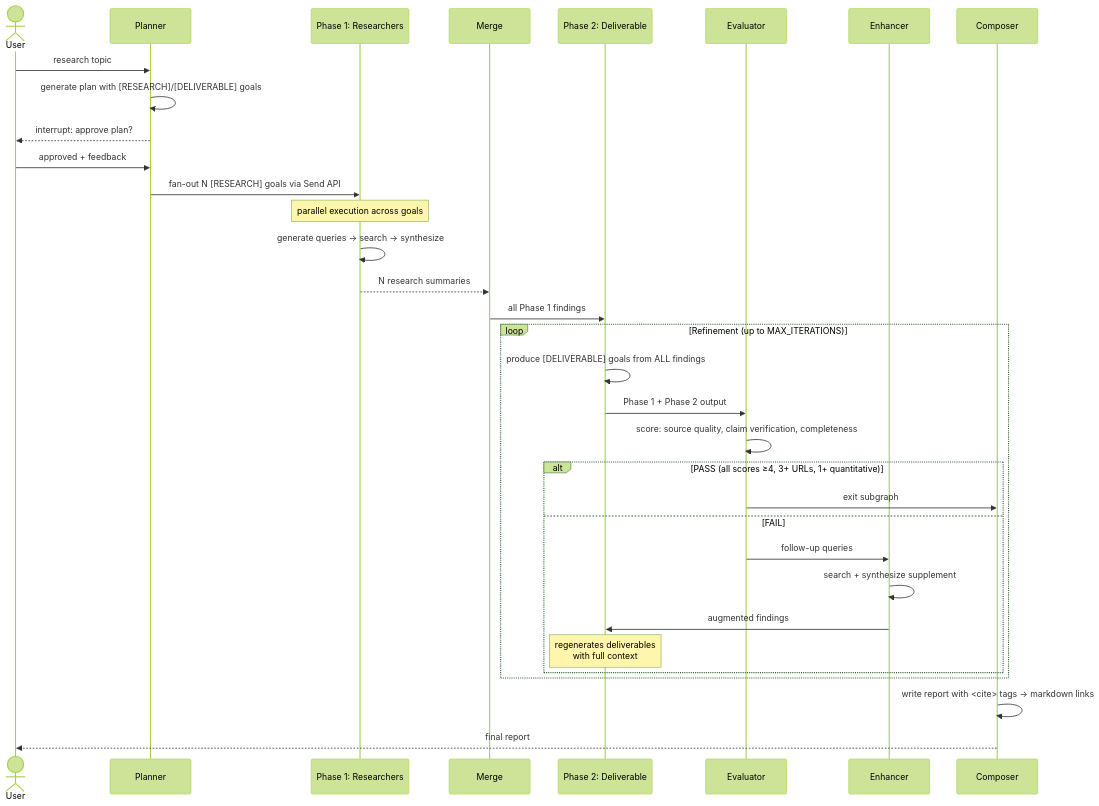
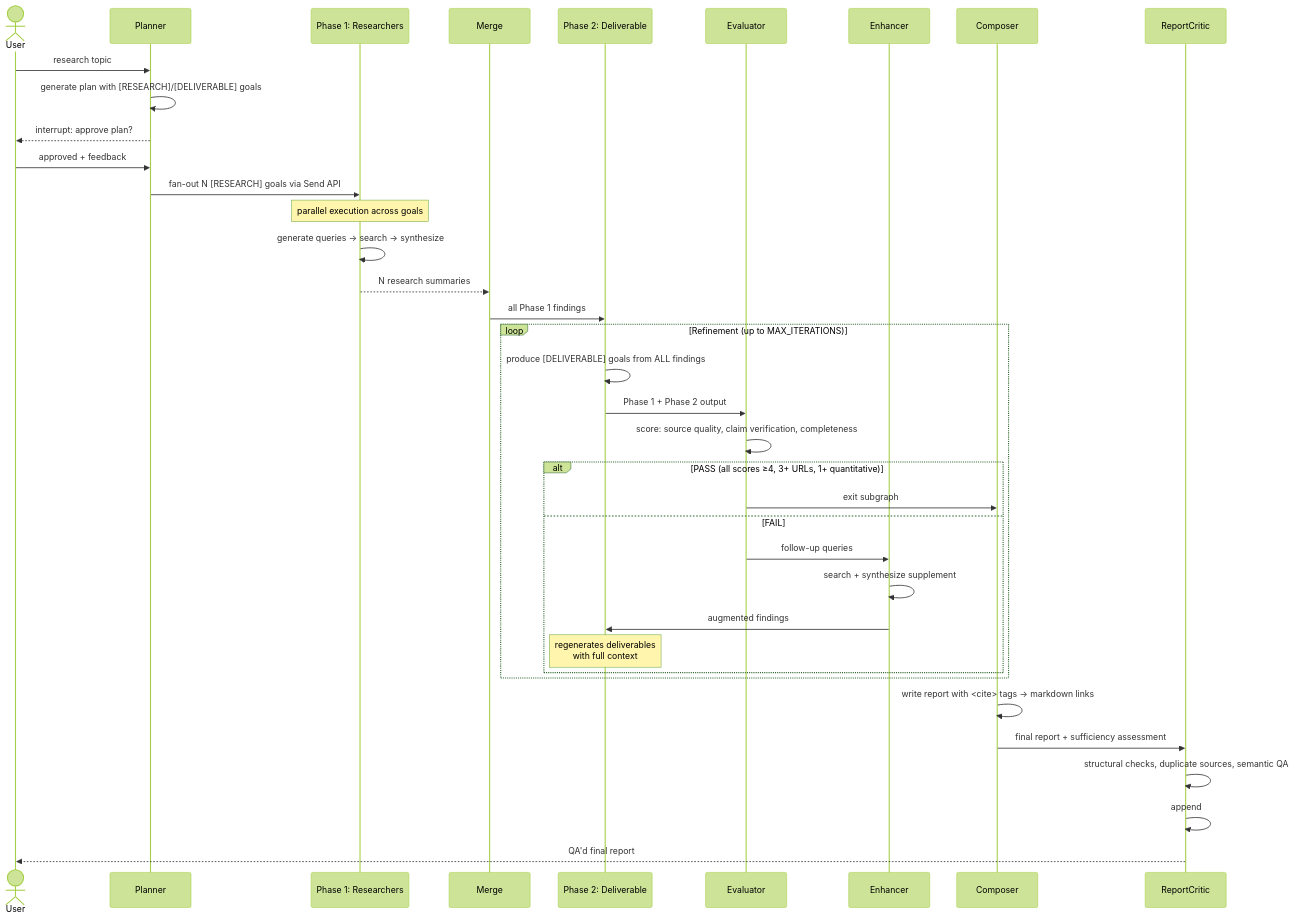
The second of 10 diagrams in ARCHITECTURE.md (jorgevillamizarco/deep-research-langgraph), drawn with Mermaid (forest theme) before and after one commit. The commit also changed other lines of this file and 2 other files, not shown here.

First line of the commit message:
docs: update all project docs with sufficiency-driven quality controls

````diff
--- a/ARCHITECTURE.md
+++ b/ARCHITECTURE.md
@@ -60,36 +62,40 @@
 ```mermaid
 sequenceDiagram
     actor User
     participant Planner
     participant Phase1 as Phase 1: Researchers
     participant Merge
     participant Phase2 as Phase 2: Deliverable
     participant Evaluator
     participant Enhancer
     participant Composer
+    participant ReportCritic
 
     User->>Planner: research topic
     Planner->>Planner: generate plan with [RESEARCH]/[DELIVERABLE] goals
     Planner-->>User: interrupt: approve plan?
     User->>Planner: approved + feedback
     Planner->>Phase1: fan-out N [RESEARCH] goals via Send API
     Note over Phase1: parallel execution across goals
     Phase1->>Phase1: generate queries → search → synthesize
     Phase1-->>Merge: N research summaries
     Merge->>Phase2: all Phase 1 findings
     loop Refinement (up to MAX_ITERATIONS)
         Phase2->>Phase2: produce [DELIVERABLE] goals from ALL findings
         Phase2->>Evaluator: Phase 1 + Phase 2 output
         Evaluator->>Evaluator: score: source quality, claim verification, completeness
         alt PASS (all scores ≥4, 3+ URLs, 1+ quantitative)
             Evaluator->>Composer: exit subgraph
         else FAIL
             Evaluator->>Enhancer: follow-up queries
             Enhancer->>Enhancer: search + synthesize supplement
             Enhancer->>Phase2: augmented findings
             Note over Phase2: regenerates deliverables<br/>with full context
         end
     end
     Composer->>Composer: write report with <cite> tags → markdown links
-    Composer-->>User: final report
+    Composer->>ReportCritic: final report + sufficiency assessment
+    ReportCritic->>ReportCritic: structural checks, duplicate sources, semantic QA
+    ReportCritic->>ReportCritic: append ## Final QA + ## Recommendation Constraints
+    ReportCritic-->>User: QA'd final report
 ```
````
